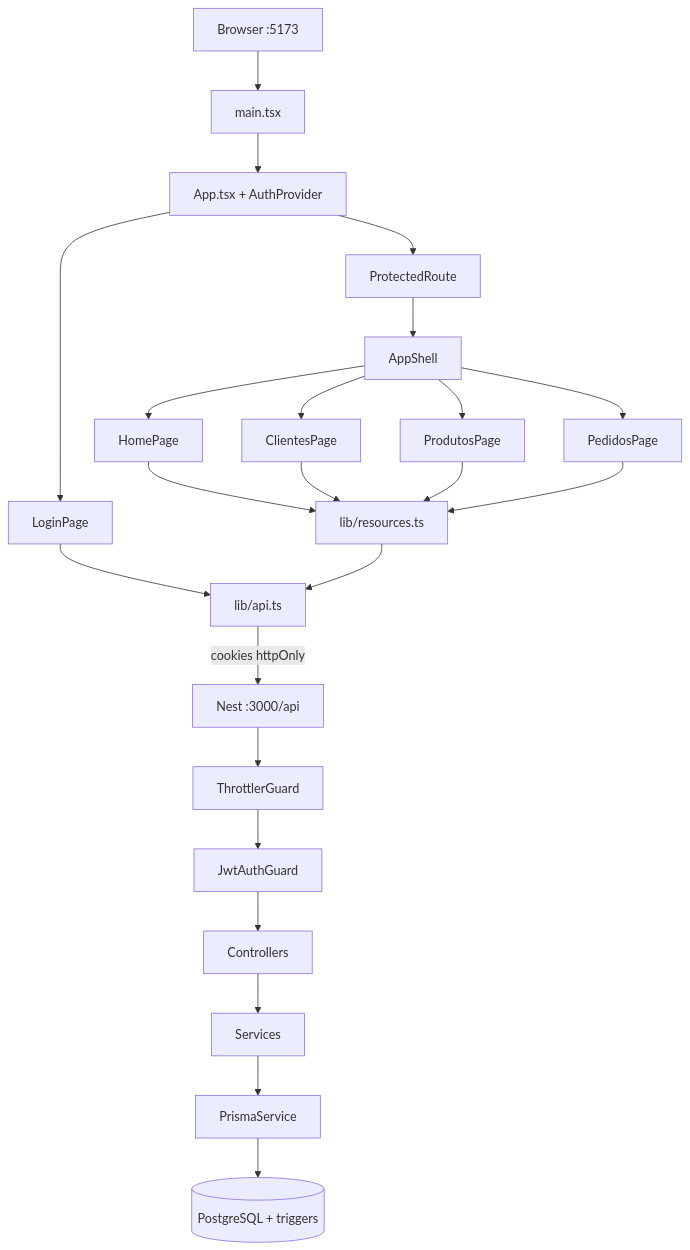
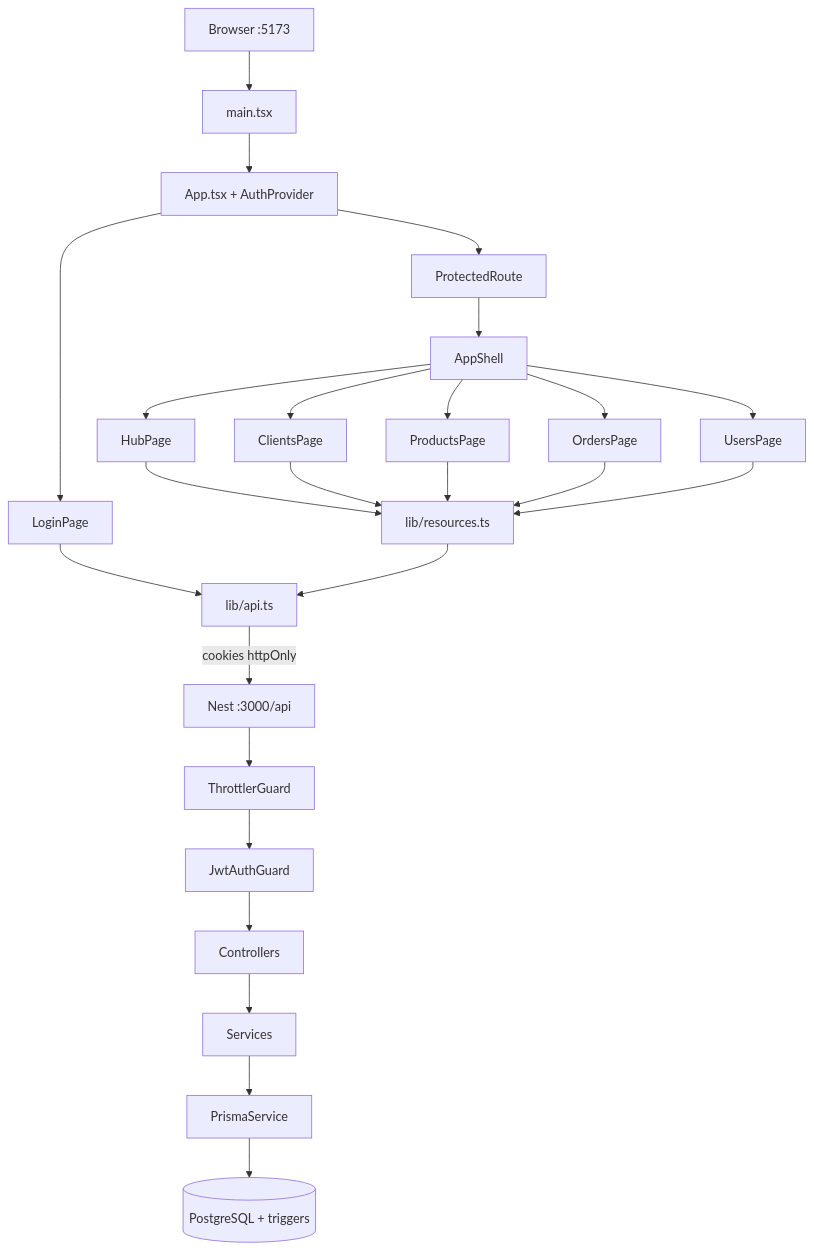
Before and after one commit to carloseduardo-pg/Modelo-Prottus---Distribuidora-Distac: the diagram in docs/projeto/FLUXO-APLICACAO.md, drawn with Mermaid. The commit also changed other lines of this file and 83 other files, not shown here.

First line of the commit message:
Refactor project documentation and update database schema for English domain

````diff
--- a/docs/projeto/FLUXO-APLICACAO.md
+++ b/docs/projeto/FLUXO-APLICACAO.md
@@ -50,27 +50,29 @@
 ```mermaid
 flowchart TD
   Browser[Browser :5173] --> MainTsx[main.tsx]
   MainTsx --> App[App.tsx + AuthProvider]
   App --> Login[LoginPage]
   App --> Guard[ProtectedRoute]
   Guard --> Shell[AppShell]
-  Shell --> Home[HomePage]
-  Shell --> Cli[ClientesPage]
-  Shell --> Prod[ProdutosPage]
-  Shell --> Ped[PedidosPage]
+  Shell --> Hub[HubPage]
+  Shell --> Cli[ClientsPage]
+  Shell --> Prod[ProductsPage]
+  Shell --> Ord[OrdersPage]
+  Shell --> Usr[UsersPage]
 
   Login --> ApiTs[lib/api.ts]
-  Home --> Res[lib/resources.ts]
+  Hub --> Res[lib/resources.ts]
   Cli --> Res
   Prod --> Res
-  Ped --> Res
+  Ord --> Res
+  Usr --> Res
   Res --> ApiTs
 
   ApiTs -->|cookies httpOnly| Nest[Nest :3000/api]
   Nest --> Throttle[ThrottlerGuard]
   Throttle --> Jwt[JwtAuthGuard]
   Jwt --> Ctrl[Controllers]
   Ctrl --> Svc[Services]
   Svc --> Prisma[PrismaService]
   Prisma --> PG[(PostgreSQL + triggers)]
 ```
````
